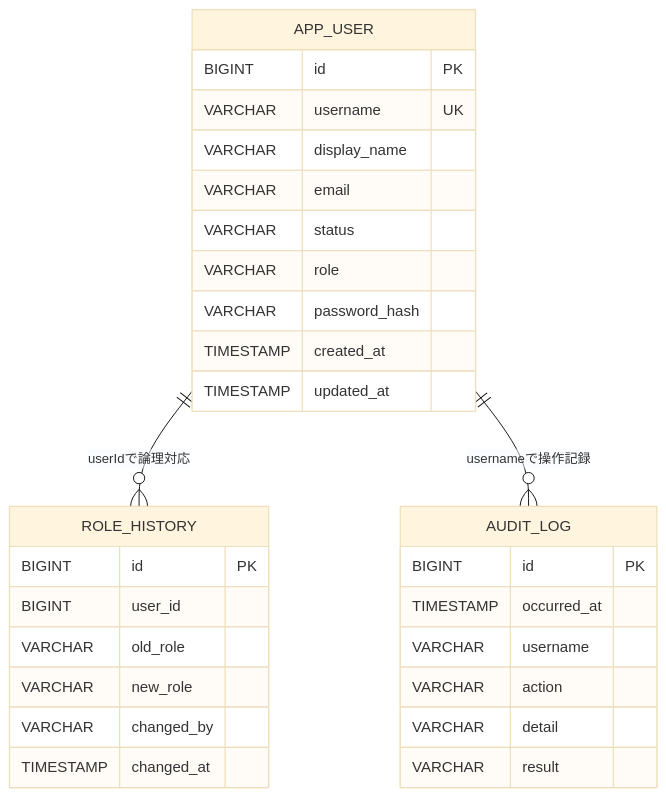
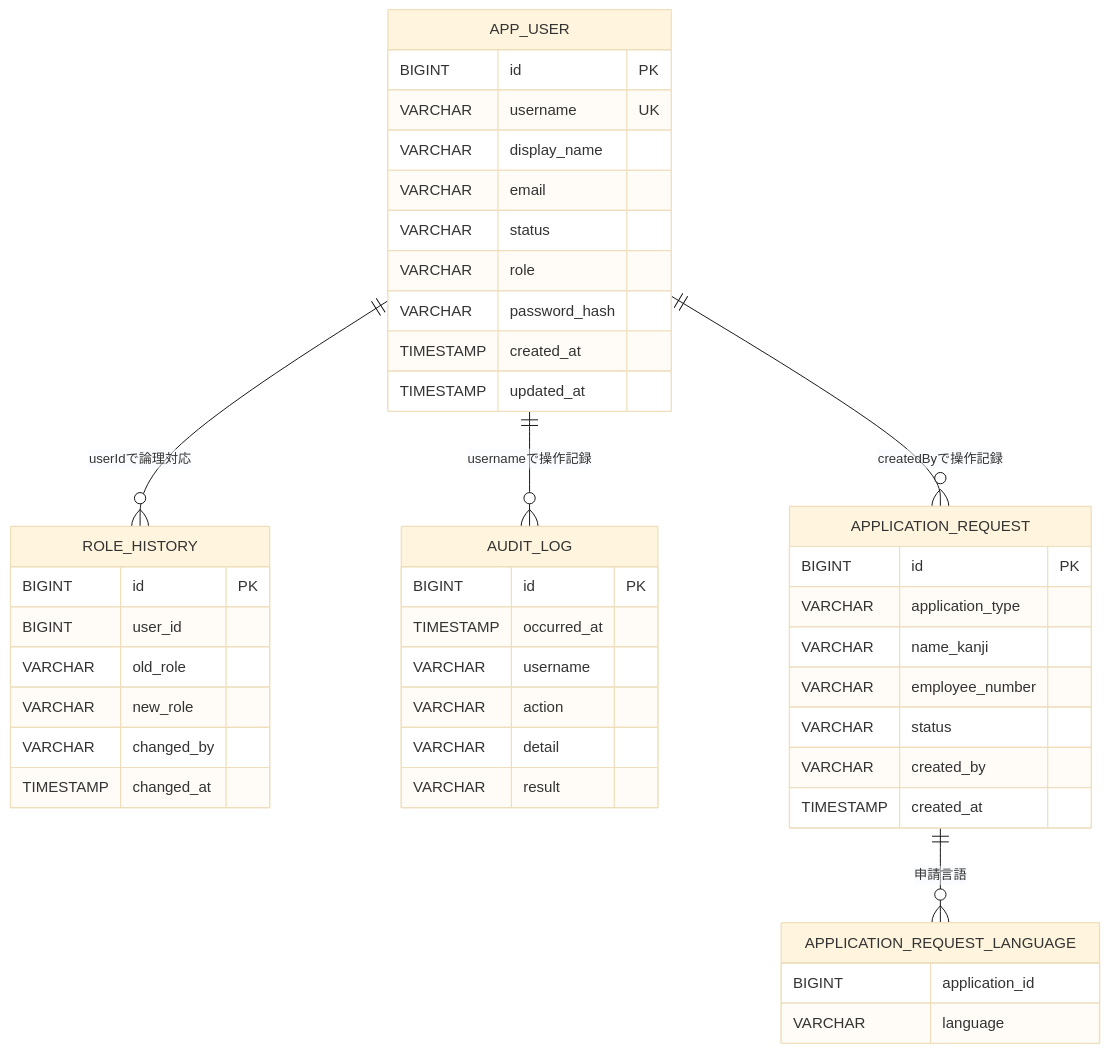
One commit to befoot1242/Learn_SampleApp changed the diagram in docs/4.詳細設計/details/database-design.md. Above: the diagram before and after it, drawn with Mermaid (base theme). The commit also changed other lines of this file and 24 other files, not shown here.

````diff
--- a/docs/4.詳細設計/details/database-design.md
+++ b/docs/4.詳細設計/details/database-design.md
@@ -17,33 +17,48 @@
 ```mermaid
 erDiagram
     APP_USER ||--o{ ROLE_HISTORY : "userIdで論理対応"
     APP_USER ||--o{ AUDIT_LOG : "usernameで操作記録"
+    APP_USER ||--o{ APPLICATION_REQUEST : "createdByで操作記録"
+    APPLICATION_REQUEST ||--o{ APPLICATION_REQUEST_LANGUAGE : "申請言語"
 
     APP_USER {
         BIGINT id PK
         VARCHAR username UK
         VARCHAR display_name
         VARCHAR email
         VARCHAR status
         VARCHAR role
         VARCHAR password_hash
         TIMESTAMP created_at
         TIMESTAMP updated_at
     }
     ROLE_HISTORY {
         BIGINT id PK
         BIGINT user_id
         VARCHAR old_role
         VARCHAR new_role
         VARCHAR changed_by
         TIMESTAMP changed_at
     }
     AUDIT_LOG {
         BIGINT id PK
         TIMESTAMP occurred_at
         VARCHAR username
         VARCHAR action
         VARCHAR detail
         VARCHAR result
     }
+    APPLICATION_REQUEST {
+        BIGINT id PK
+        VARCHAR application_type
+        VARCHAR name_kanji
+        VARCHAR employee_number
+        VARCHAR status
+        VARCHAR created_by
+        TIMESTAMP created_at
+    }
+    APPLICATION_REQUEST_LANGUAGE {
+        BIGINT application_id
+        VARCHAR language
+    }
 ```
````
